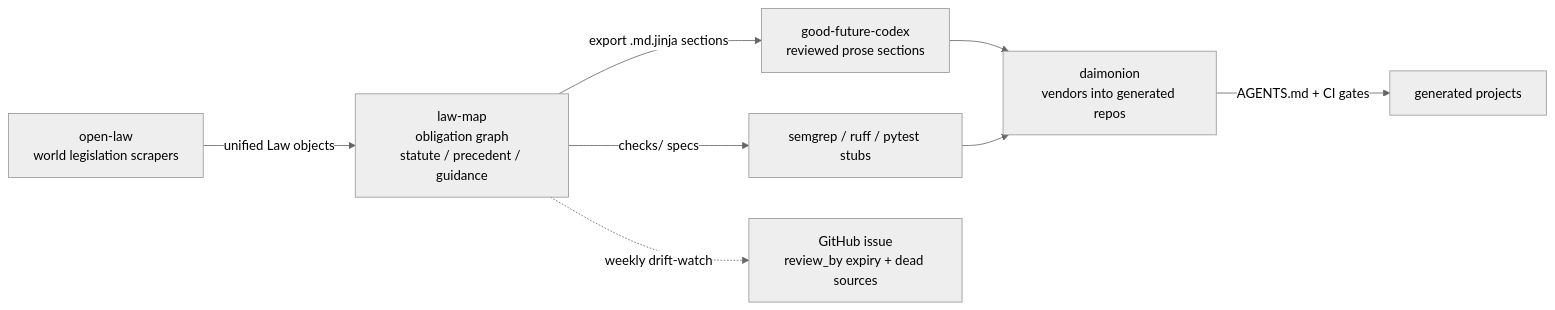
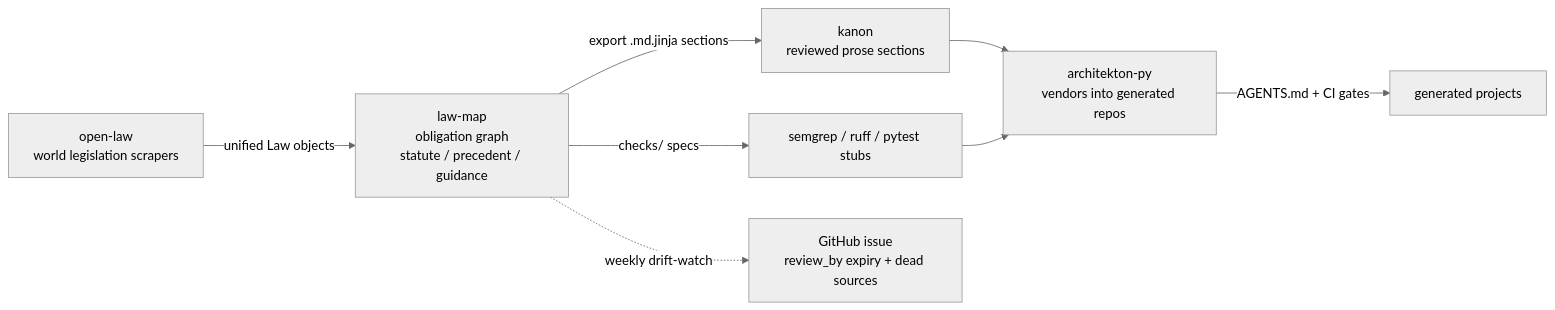
The diagram in README.md (ConstitutiveTemplates/law-map), drawn with Mermaid (neutral theme) before and after one commit. The commit also changed other lines of this file and 15 other files, not shown here.

Commit message:
rename: --codex becomes --kanon (alias kept), consumer names updated

````diff
--- a/README.md
+++ b/README.md
@@ -15,10 +15,10 @@
 ```mermaid
 flowchart LR
     OL[open-law<br/>world legislation scrapers] -->|unified Law objects| V[law-map<br/>obligation graph<br/>statute / precedent / guidance]
-    V -->|export .md.jinja sections| C[good-future-codex<br/>reviewed prose sections]
-    C --> T[daimonion<br/>vendors into generated repos]
+    V -->|export .md.jinja sections| C[kanon<br/>reviewed prose sections]
+    C --> T[architekton-py<br/>vendors into generated repos]
     T -->|AGENTS.md + CI gates| G[generated projects]
     V -->|checks/ specs| S[semgrep / ruff / pytest stubs]
     S --> T
     V -.->|weekly drift-watch| I[GitHub issue<br/>review_by expiry + dead sources]
 ```
````
